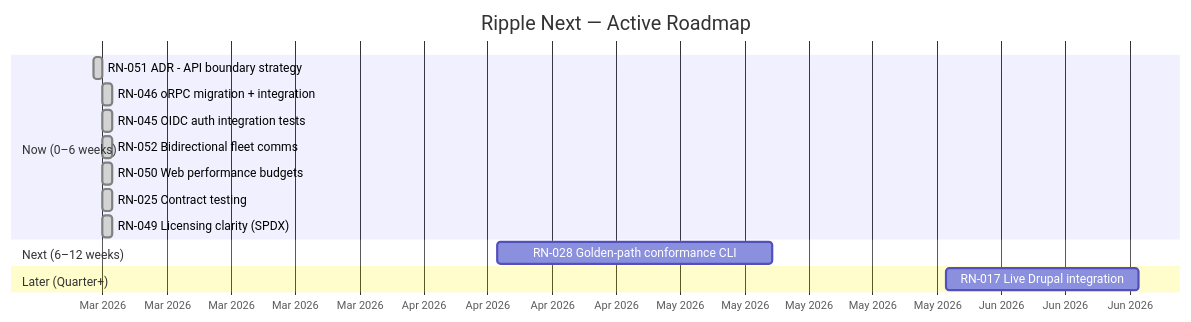
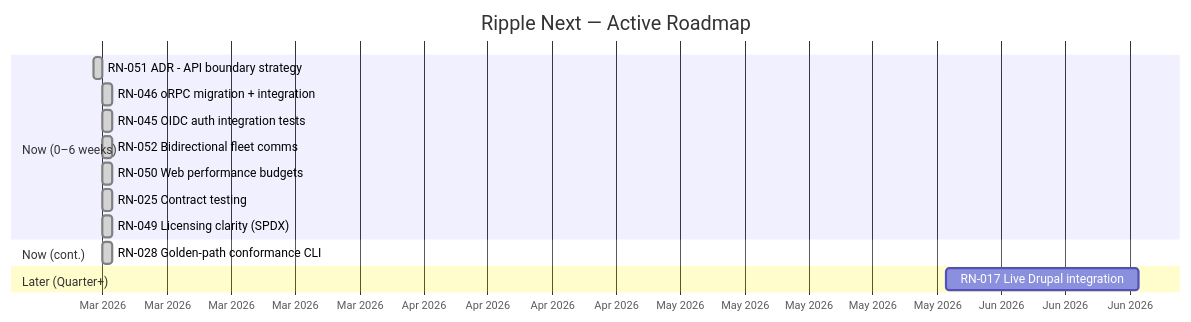
One commit to jbejenar/ripple-next changed the diagram in docs/product-roadmap/README.md. Above: the diagram before and after it, drawn with Mermaid. The commit also changed other lines of this file and 6 other files, not shown here.

First line of the commit message:
feat: implement golden-path conformance CLI (RN-028)

````diff
--- a/docs/product-roadmap/README.md
+++ b/docs/product-roadmap/README.md
@@ -16,21 +16,21 @@
 ```mermaid
 gantt
     title Ripple Next — Active Roadmap
     dateFormat YYYY-MM-DD
     axisFormat %b %Y
 
     section Now (0–6 weeks)
     RN-051 ADR - API boundary strategy      :done, rn051, 2026-02-28, 1d
     RN-046 oRPC migration + integration     :done, rn046, 2026-03-01, 1d
     RN-045 OIDC auth integration tests      :done, rn045, 2026-03-01, 1d
     RN-052 Bidirectional fleet comms        :done, rn052, 2026-03-01, 1d
     RN-050 Web performance budgets          :done, rn050, 2026-03-01, 1d
     RN-025 Contract testing                 :done, rn025, 2026-03-01, 1d
     RN-049 Licensing clarity (SPDX)         :done, rn049, 2026-03-01, 1d
 
-    section Next (6–12 weeks)
-    RN-028 Golden-path conformance CLI      :rn028, 2026-04-13, 30d
+    section Now (cont.)
+    RN-028 Golden-path conformance CLI      :done, rn028, 2026-03-01, 1d
 
     section Later (Quarter+)
     RN-017 Live Drupal integration          :rn017, 2026-06-01, 21d
 ```
````
